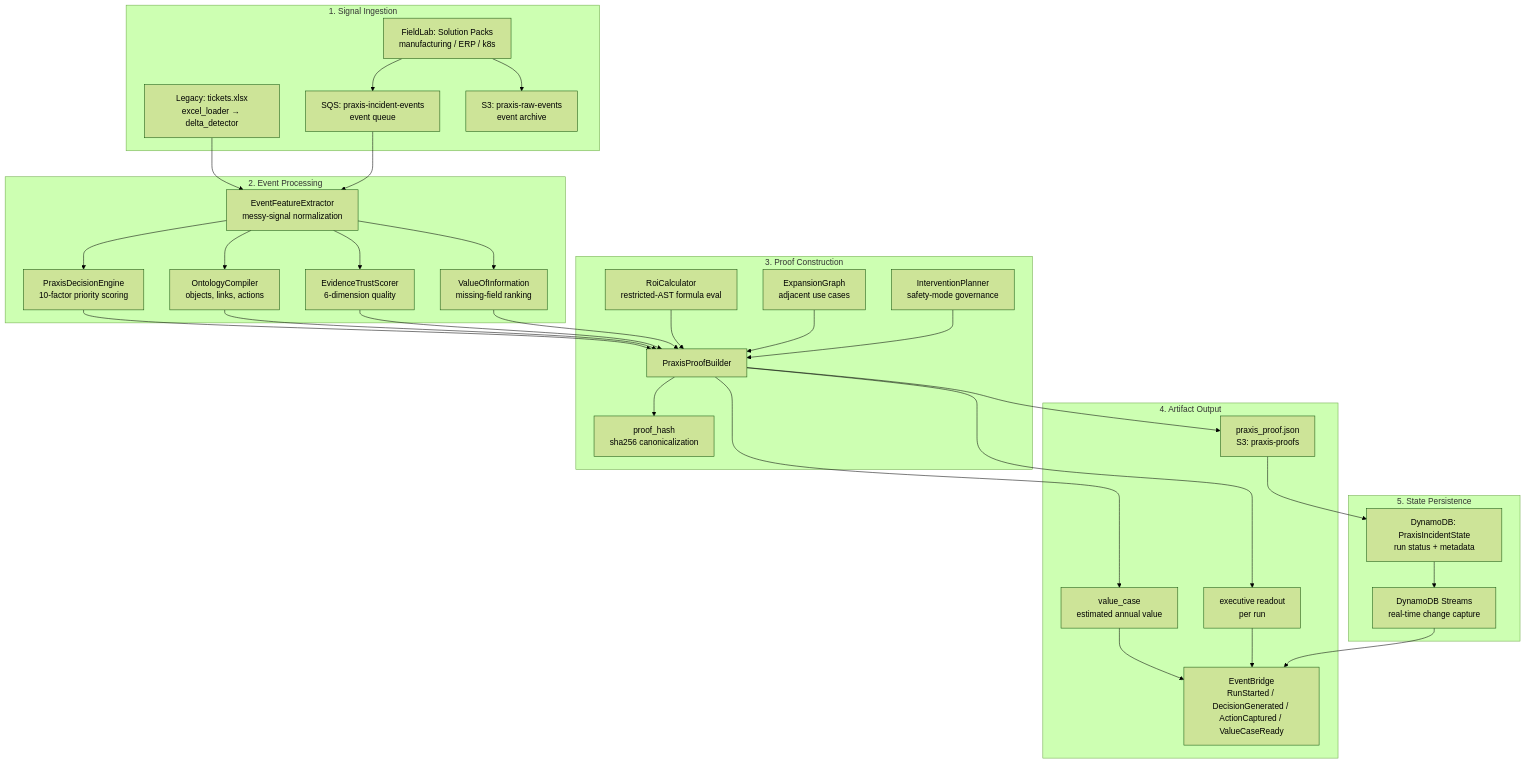
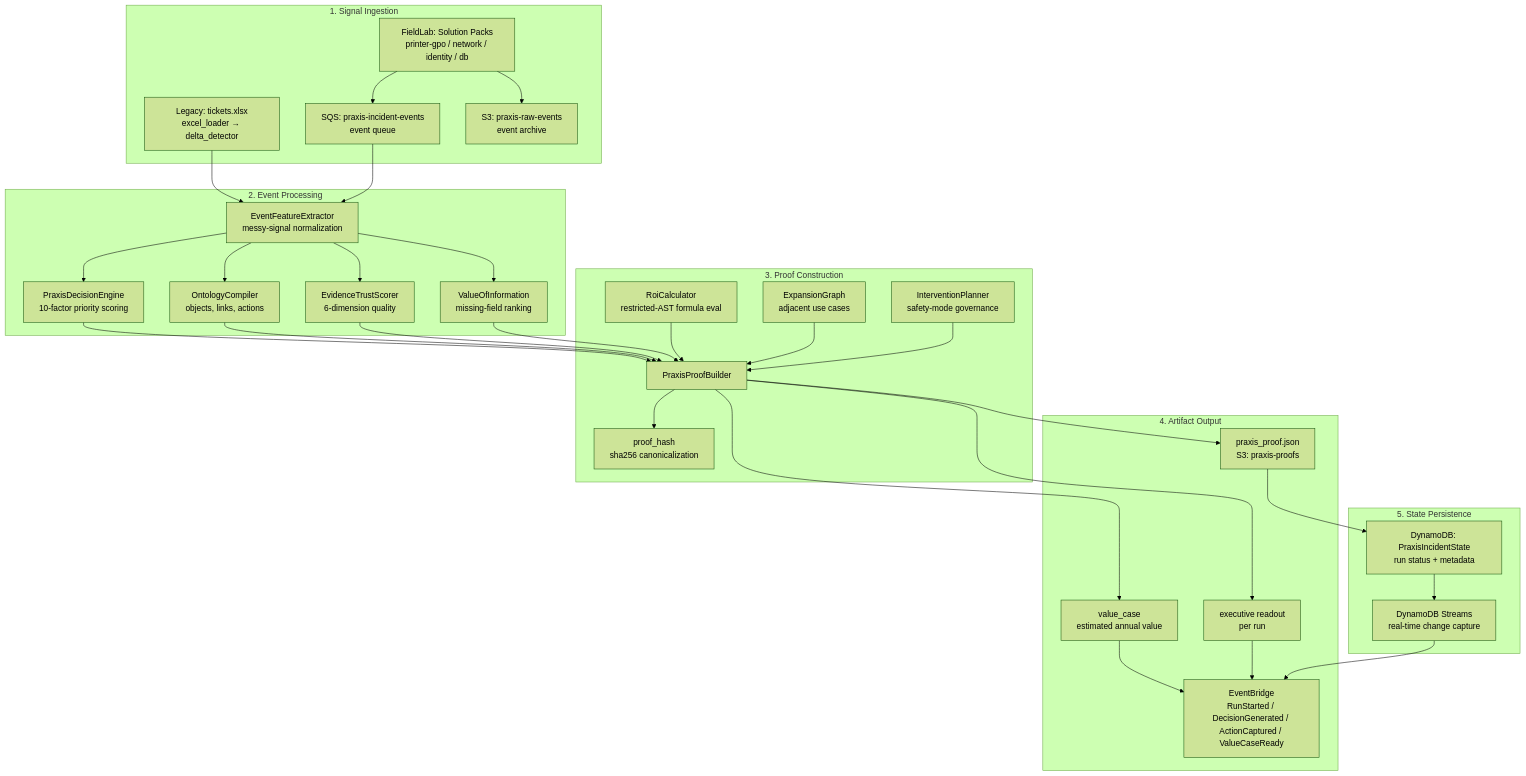
Before and after one commit to AngelP17/Praxis: the diagram in docs/architecture/data-flow.md, drawn with Mermaid (forest theme). The commit also changed 169 other files, not shown here.

Commit message:
feat(praxis): generalize architecture to 4 executable solution packs and align all system docs and graphs

````diff
--- a/docs/architecture/data-flow.md
+++ b/docs/architecture/data-flow.md
@@ -5,67 +5,67 @@
 ```mermaid
 flowchart TB
     subgraph Ingestion["1. Signal Ingestion"]
         Excel["Legacy: tickets.xlsx<br/>excel_loader → delta_detector"]
-        FieldLab["FieldLab: Solution Packs<br/>manufacturing / ERP / k8s"]
+        FieldLab["FieldLab: Solution Packs<br/>printer-gpo / network / identity / db"]
         SQS["SQS: praxis-incident-events<br/>event queue"]
         S3["S3: praxis-raw-events<br/>event archive"]
     end
 
     subgraph Processing["2. Event Processing"]
         Extract["EventFeatureExtractor<br/>messy-signal normalization"]
         Ontology["OntologyCompiler<br/>objects, links, actions"]
         Decision["PraxisDecisionEngine<br/>10-factor priority scoring"]
         Evidence["EvidenceTrustScorer<br/>6-dimension quality"]
         VOI["ValueOfInformation<br/>missing-field ranking"]
     end
 
     subgraph Proof["3. Proof Construction"]
         Builder["PraxisProofBuilder"]
         ROI["RoiCalculator<br/>restricted-AST formula eval"]
         Expansion["ExpansionGraph<br/>adjacent use cases"]
         Intervention["InterventionPlanner<br/>safety-mode governance"]
         Hash["proof_hash<br/>sha256 canonicalization"]
     end
 
     subgraph Output["4. Artifact Output"]
         ProofJSON["praxis_proof.json<br/>S3: praxis-proofs"]
         ValueCase["value_case<br/>estimated annual value"]
         Readout["executive readout<br/>per run"]
         Events["EventBridge<br/>RunStarted / DecisionGenerated / ActionCaptured / ValueCaseReady"]
     end
 
     subgraph State["5. State Persistence"]
         DynamoDB["DynamoDB: PraxisIncidentState<br/>run status + metadata"]
         Streams["DynamoDB Streams<br/>real-time change capture"]
     end
 
     Excel --> Extract
     FieldLab --> SQS
     FieldLab --> S3
     SQS --> Extract
 
     Extract --> Decision
     Extract --> Ontology
     Extract --> Evidence
     Extract --> VOI
 
     Decision --> Builder
     Ontology --> Builder
     Evidence --> Builder
     VOI --> Builder
     ROI --> Builder
     Expansion --> Builder
     Intervention --> Builder
 
     Builder --> ProofJSON
     Builder --> ValueCase
     Builder --> Readout
     Builder --> Hash
 
     ProofJSON --> DynamoDB
     ValueCase --> Events
     Readout --> Events
 
     DynamoDB --> Streams
     Streams --> Events
 ```
````
